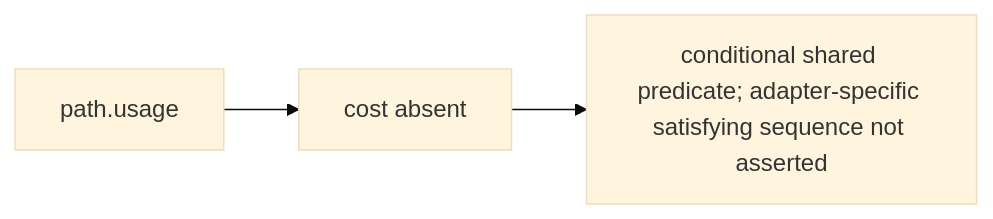
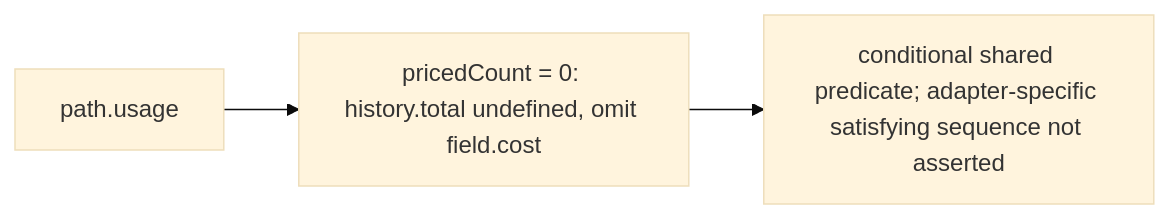
Before and after one commit to vibefield/puppeteer: the diagram in audit/godview/plan/graphs/states/state.cost_missing.mmd, drawn with Mermaid (base theme). The commit also changed 38 other files, not shown here.

First line of the commit message:
State priced cost coverage as observation counts.

```diff
--- a/audit/godview/plan/graphs/states/state.cost_missing.mmd
+++ b/audit/godview/plan/graphs/states/state.cost_missing.mmd
@@ -1,8 +1,8 @@
 %% graph_ref: path.usage
 %% state: state.cost_missing
 %% shared_map: 07e71c9bcb9532fc181e3f667f2d0ed2e7c9afaf
 flowchart LR
-  pred["cost absent"]
+  pred["pricedCount = 0: history.total undefined, omit field.cost"]
   src["path.usage"]
   verdict["conditional shared predicate; adapter-specific satisfying sequence not asserted"]
   src --> pred --> verdict
```
